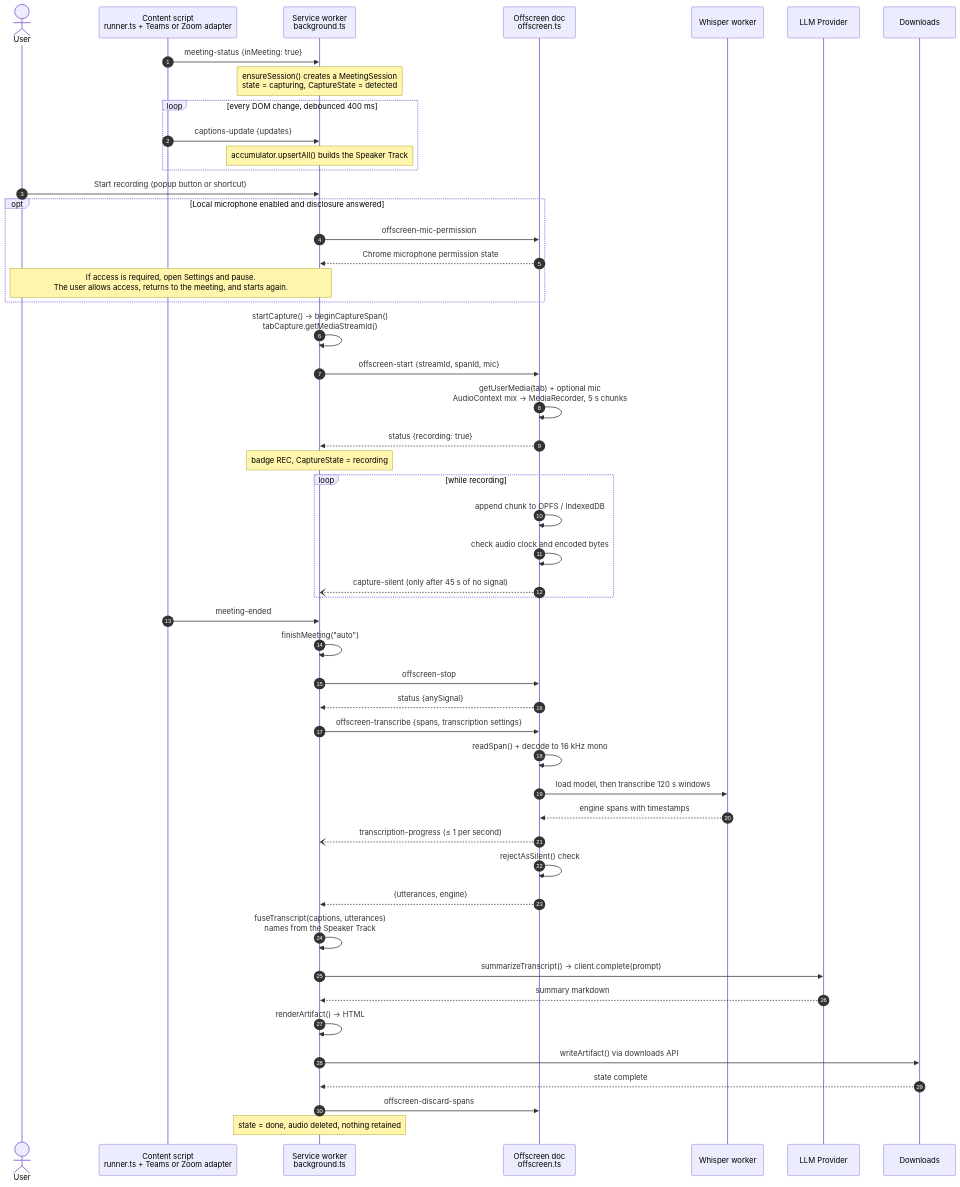
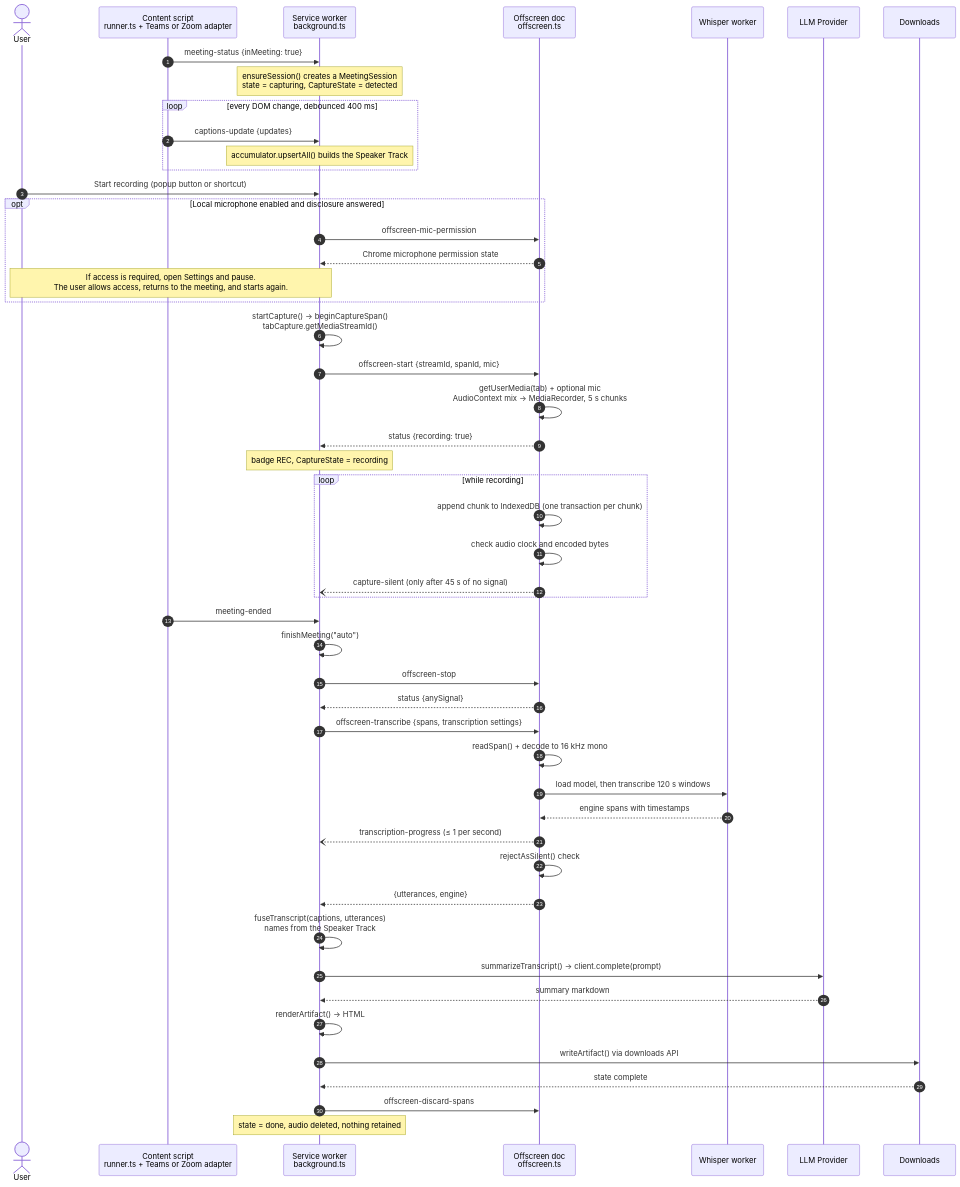
Before and after one commit to dominic676767/meeting-summarizer: the fourth of 11 diagrams in docs/ARCHITECTURE.md, drawn with Mermaid. The commit also changed other lines of this file and 3 other files, not shown here.

````diff
--- a/docs/ARCHITECTURE.md
+++ b/docs/ARCHITECTURE.md
@@ -260,56 +260,56 @@
 ```mermaid
 sequenceDiagram
     autonumber
     actor U as User
     participant CS as Content script<br/>runner.ts + Teams or Zoom adapter
     participant SW as Service worker<br/>background.ts
     participant OD as Offscreen doc<br/>offscreen.ts
     participant WW as Whisper worker
     participant LLM as LLM Provider
     participant DL as Downloads
 
     CS->>SW: meeting-status {inMeeting: true}
     Note over SW: ensureSession() creates a MeetingSession<br/>state = capturing, CaptureState = detected
     loop every DOM change, debounced 400 ms
         CS->>SW: captions-update {updates}
         Note over SW: accumulator.upsertAll() builds the Speaker Track
     end
 
     U->>SW: Start recording (popup button or shortcut)
     opt Local microphone enabled and disclosure answered
         SW->>OD: offscreen-mic-permission
         OD-->>SW: Chrome microphone permission state
         Note over U,SW: If access is required, open Settings and pause.<br/>The user allows access, returns to the meeting, and starts again.
     end
     SW->>SW: startCapture() → beginCaptureSpan()<br/>tabCapture.getMediaStreamId()
     SW->>OD: offscreen-start {streamId, spanId, mic}
     OD->>OD: getUserMedia(tab) + optional mic<br/>AudioContext mix → MediaRecorder, 5 s chunks
     OD-->>SW: status {recording: true}
     Note over SW: badge REC, CaptureState = recording
 
     loop while recording
-        OD->>OD: append chunk to OPFS / IndexedDB
+        OD->>OD: append chunk to IndexedDB (one transaction per chunk)
         OD->>OD: check audio clock and encoded bytes
         OD--)SW: capture-silent (only after 45 s of no signal)
     end
 
     CS->>SW: meeting-ended
     SW->>SW: finishMeeting("auto")
     SW->>OD: offscreen-stop
     OD-->>SW: status {anySignal}
     SW->>OD: offscreen-transcribe {spans, transcription settings}
     OD->>OD: readSpan() + decode to 16 kHz mono
     OD->>WW: load model, then transcribe 120 s windows
     WW-->>OD: engine spans with timestamps
     OD--)SW: transcription-progress (≤ 1 per second)
     OD->>OD: rejectAsSilent() check
     OD-->>SW: {utterances, engine}
     SW->>SW: fuseTranscript(captions, utterances)<br/>names from the Speaker Track
     SW->>LLM: summarizeTranscript() → client.complete(prompt)
     LLM-->>SW: summary markdown
     SW->>SW: renderArtifact() → HTML
     SW->>DL: writeArtifact() via downloads API
     DL-->>SW: state complete
     SW->>OD: offscreen-discard-spans
     Note over SW: state = done, audio deleted, nothing retained
 ```
````
